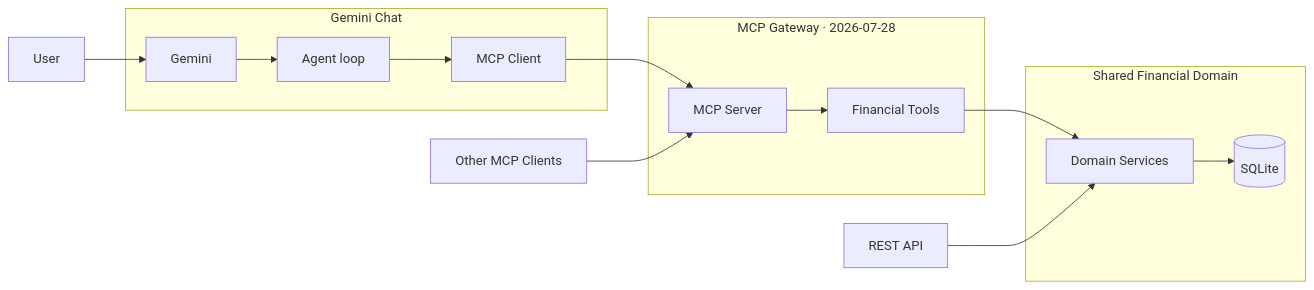
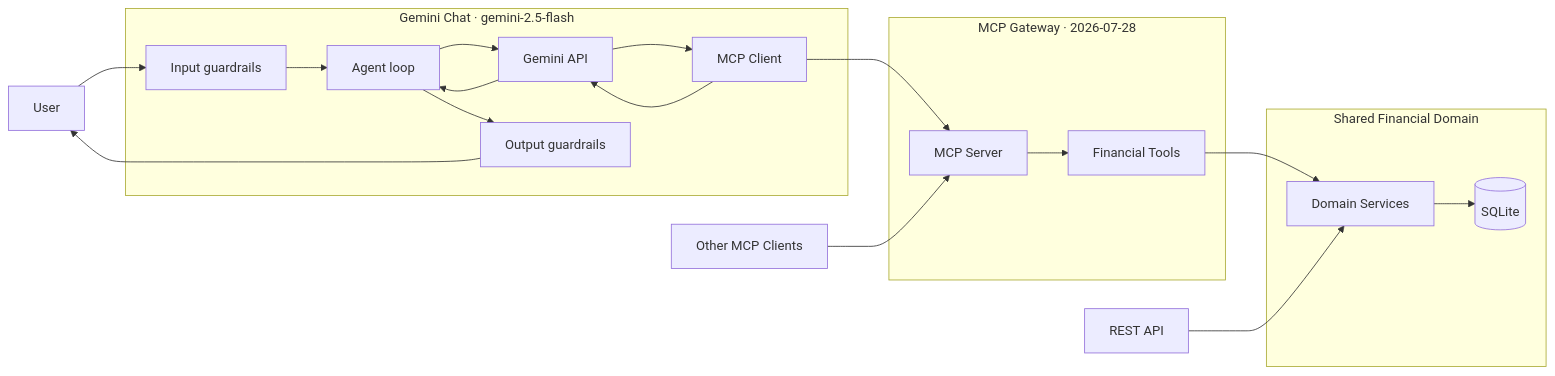
Before and after one commit to habeneyasu/financial-mcp-gateway: the diagram in README.md, drawn with Mermaid. The commit also changed other lines of this file and 14 other files, not shown here.

````diff
--- a/README.md
+++ b/README.md
@@ -45,25 +57,35 @@
 ```mermaid
 flowchart LR
     User["User"]
-    subgraph Chat["Gemini Chat"]
-        Gemini["Gemini"]
+
+    subgraph Chat["Gemini Chat · gemini-2.5-flash"]
+        InG["Input guardrails"]
         Agent["Agent loop"]
-        Client["MCP Client"]
+        LLM["Gemini API"]
+        MCPc["MCP Client"]
+        OutG["Output guardrails"]
     end
+
     subgraph Gateway["MCP Gateway · 2026-07-28"]
         Server["MCP Server"]
         Tools["Financial Tools"]
     end
+
     subgraph Domain["Shared Financial Domain"]
         Services["Domain Services"]
         DB[("SQLite")]
     end
+
     REST["REST API"]
     External["Other MCP Clients"]
 
-    User --> Gemini --> Agent --> Client --> Server
+    User --> InG --> Agent --> LLM
+    LLM --> MCPc --> Server
+    MCPc --> LLM
+    LLM --> Agent
+    Agent --> OutG --> User
     External --> Server
     Server --> Tools --> Services
     REST --> Services
     Services --> DB
 ```
````
